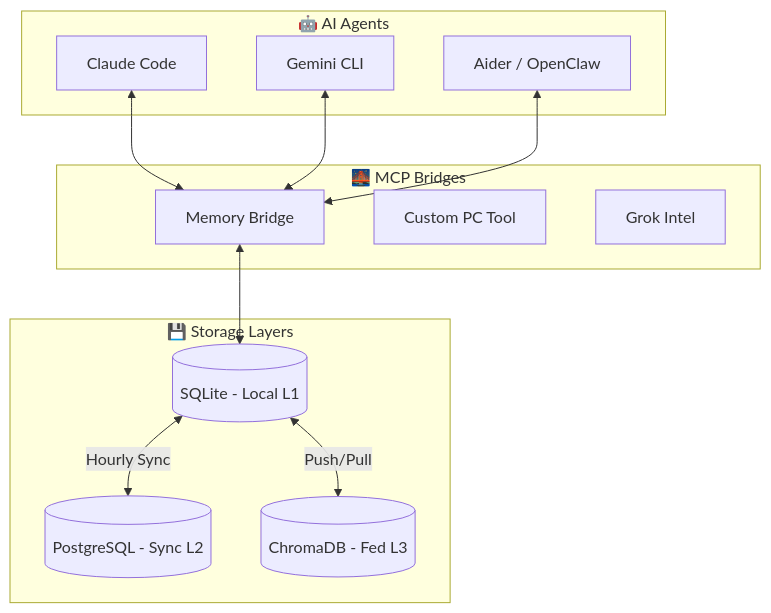
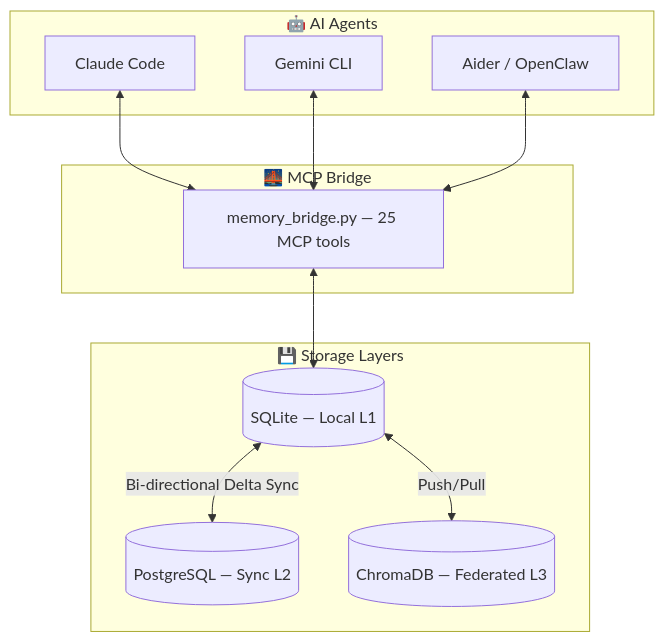
Before and after one commit to skynetcmd/m3-memory: the first of 2 diagrams in README.md, drawn with Mermaid. The commit also changed other lines of this file and 2 other files, not shown here.

````diff
--- a/README.md
+++ b/README.md
@@ -16,25 +52,23 @@
 ```mermaid
 graph TD
     subgraph "🤖 AI Agents"
         C[Claude Code]
         G[Gemini CLI]
         A[Aider / OpenClaw]
     end
 
-    subgraph "🌉 MCP Bridges"
-        MB[Memory Bridge]
-        CP[Custom PC Tool]
-        GR[Grok Intel]
+    subgraph "🌉 MCP Bridge"
+        MB[memory_bridge.py — 25 MCP tools]
     end
 
     subgraph "💾 Storage Layers"
-        SQ[(SQLite - Local L1)]
-        PG[(PostgreSQL - Sync L2)]
-        CH[(ChromaDB - Fed L3)]
+        SQ[(SQLite — Local L1)]
+        PG[(PostgreSQL — Sync L2)]
+        CH[(ChromaDB — Federated L3)]
     end
 
     C & G & A <--> MB
     MB <--> SQ
-    SQ <-->|Hourly Sync| PG
+    SQ <-->|Bi-directional Delta Sync| PG
     SQ <-->|Push/Pull| CH
 ```
````
